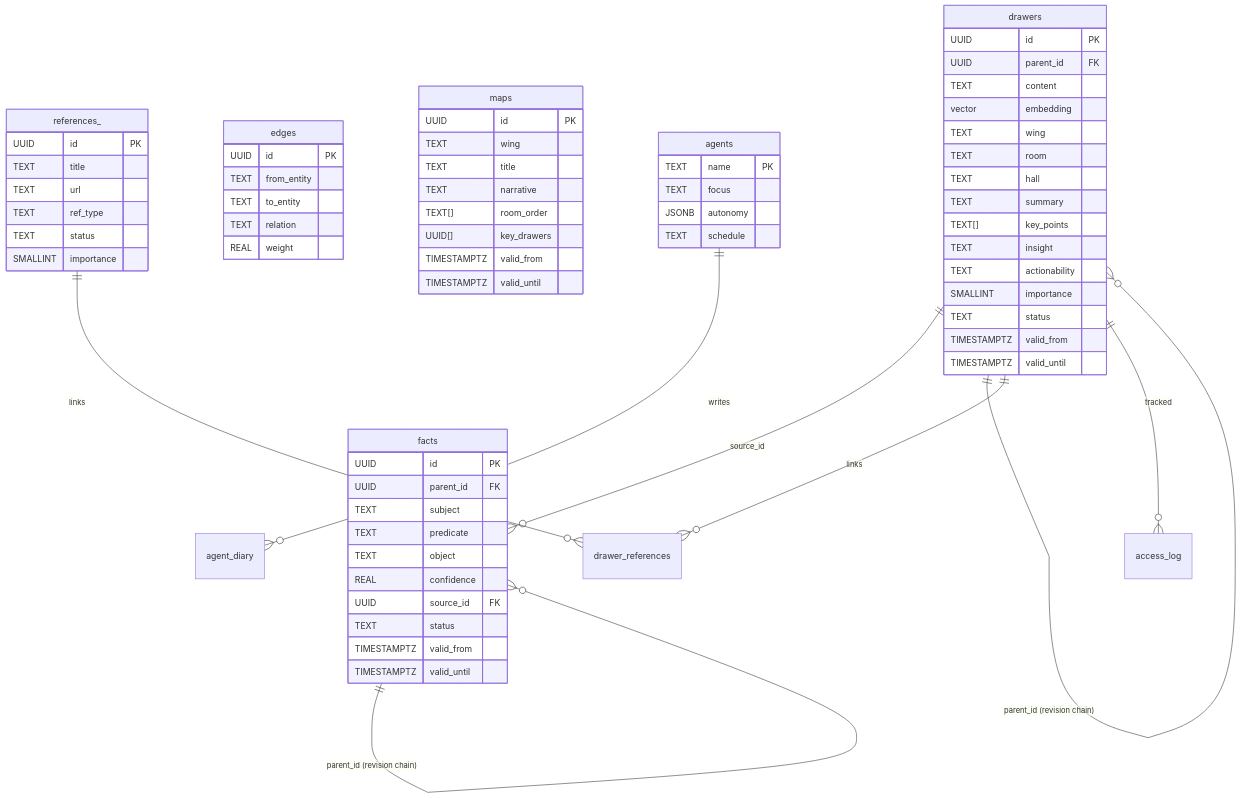
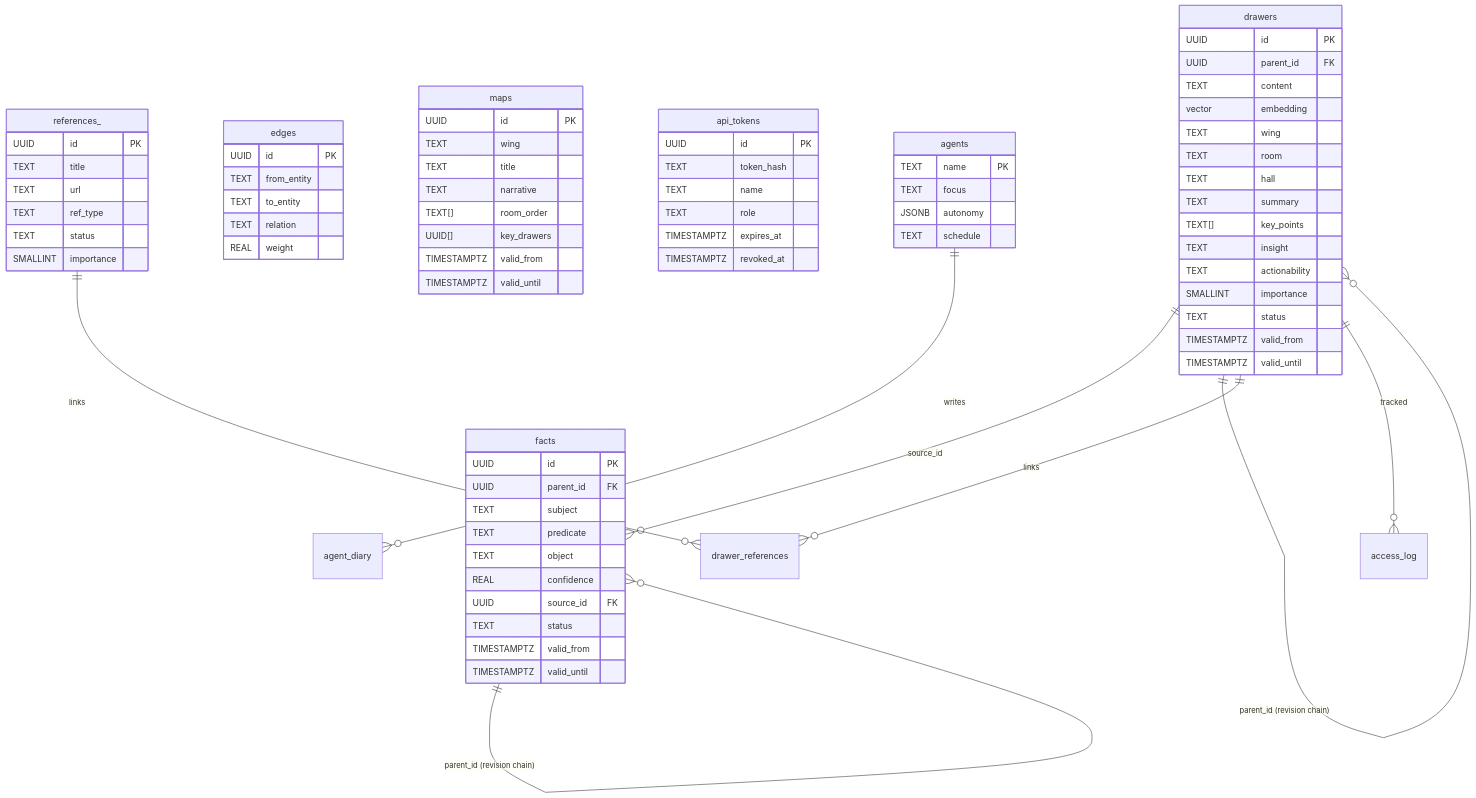
Before and after one commit to ufelmann/HiveMem: the second of 2 diagrams in README.md, drawn with Mermaid. The commit also changed other lines of this file, not shown here.

Commit message:
docs: rewrite README for token management, 164 tests, SQL fixes

````diff
--- a/README.md
+++ b/README.md
@@ -161,71 +178,79 @@
 ```mermaid
 erDiagram
     drawers {
         UUID id PK
         UUID parent_id FK
         TEXT content
         vector embedding
         TEXT wing
         TEXT room
         TEXT hall
         TEXT summary
         TEXT[] key_points
         TEXT insight
         TEXT actionability
         SMALLINT importance
         TEXT status
         TIMESTAMPTZ valid_from
         TIMESTAMPTZ valid_until
     }
     facts {
         UUID id PK
         UUID parent_id FK
         TEXT subject
         TEXT predicate
         TEXT object
         REAL confidence
         UUID source_id FK
         TEXT status
         TIMESTAMPTZ valid_from
         TIMESTAMPTZ valid_until
     }
     edges {
         UUID id PK
         TEXT from_entity
         TEXT to_entity
         TEXT relation
         REAL weight
     }
     maps {
         UUID id PK
         TEXT wing
         TEXT title
         TEXT narrative
         TEXT[] room_order
         UUID[] key_drawers
         TIMESTAMPTZ valid_from
         TIMESTAMPTZ valid_until
     }
+    api_tokens {
+        UUID id PK
+        TEXT token_hash
+        TEXT name
+        TEXT role
+        TIMESTAMPTZ expires_at
+        TIMESTAMPTZ revoked_at
+    }
     agents {
         TEXT name PK
         TEXT focus
         JSONB autonomy
         TEXT schedule
     }
     references_ {
         UUID id PK
         TEXT title
         TEXT url
         TEXT ref_type
         TEXT status
         SMALLINT importance
     }
 
     drawers ||--o{ facts : "source_id"
     drawers ||--o{ drawers : "parent_id (revision chain)"
     facts ||--o{ facts : "parent_id (revision chain)"
     drawers ||--o{ drawer_references : "links"
     references_ ||--o{ drawer_references : "links"
     agents ||--o{ agent_diary : "writes"
     drawers ||--o{ access_log : "tracked"
 ```
````
